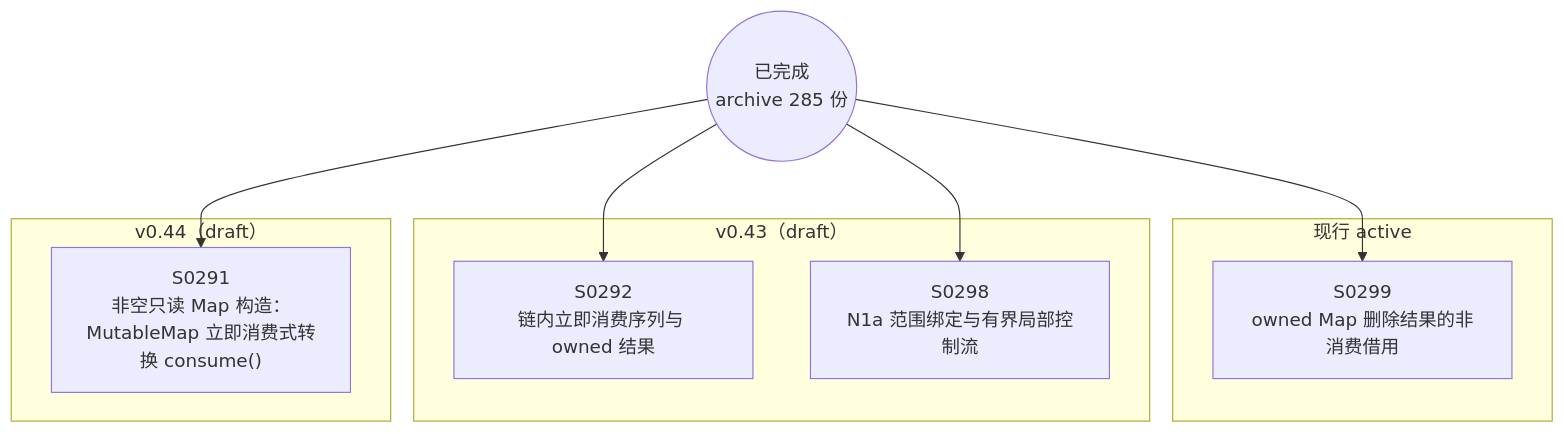
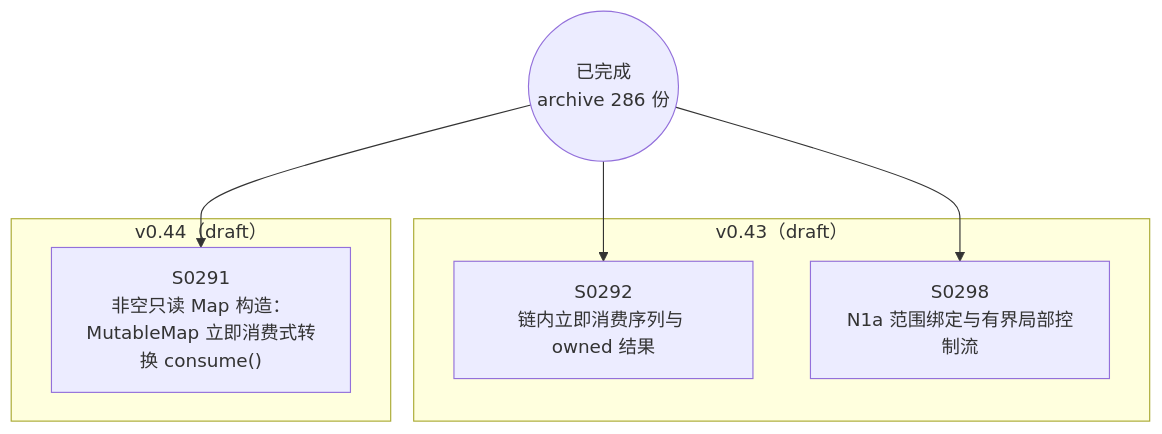
One commit to Halckon/Koven changed the diagram in docs/specs/dependency-graph.md. Above: the diagram before and after it, drawn with Mermaid. The commit also changed other lines of this file and 11 other files, not shown here.

Commit message:
docs(spec): archive the verified owned Map borrow first slice (SPEC-0299)

````diff
--- a/docs/specs/dependency-graph.md
+++ b/docs/specs/dependency-graph.md
@@ -9,18 +9,14 @@
 ```mermaid
 flowchart TD
-ARCH(("已完成<br/>archive 285 份"))
-subgraph Gactive["现行 active"]
-  S0299["S0299<br/>owned Map 删除结果的非消费借用"]
-end
+ARCH(("已完成<br/>archive 286 份"))
 subgraph Gdrafts_v043["v0.43（draft）"]
   S0292["S0292<br/>链内立即消费序列与 owned 结果"]
   S0298["S0298<br/>N1a 范围绑定与有界局部控制流"]
 end
 subgraph Gdrafts_v044["v0.44（draft）"]
   S0291["S0291<br/>非空只读 Map 构造：MutableMap 立即消费式转换 consume()"]
 end
 ARCH --> S0291
 ARCH --> S0292
 ARCH --> S0298
-ARCH --> S0299
 ```
````
